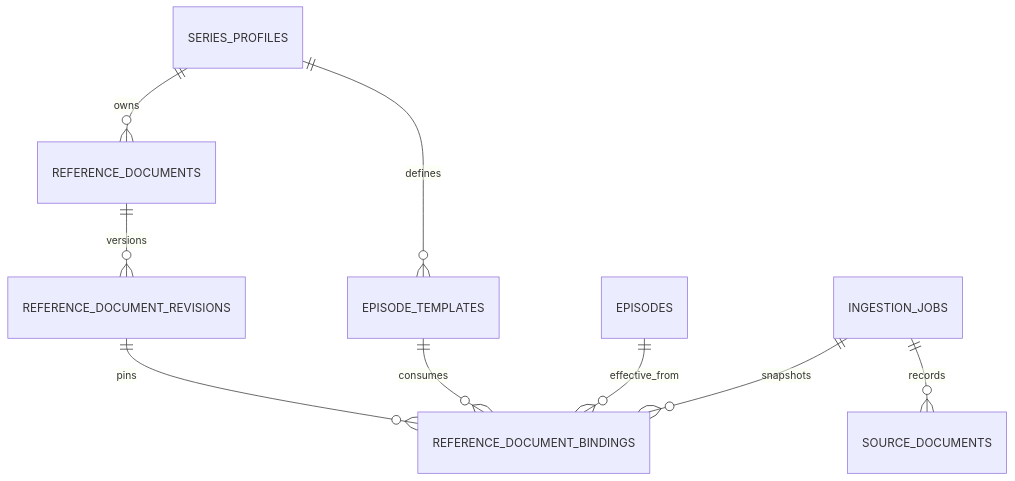
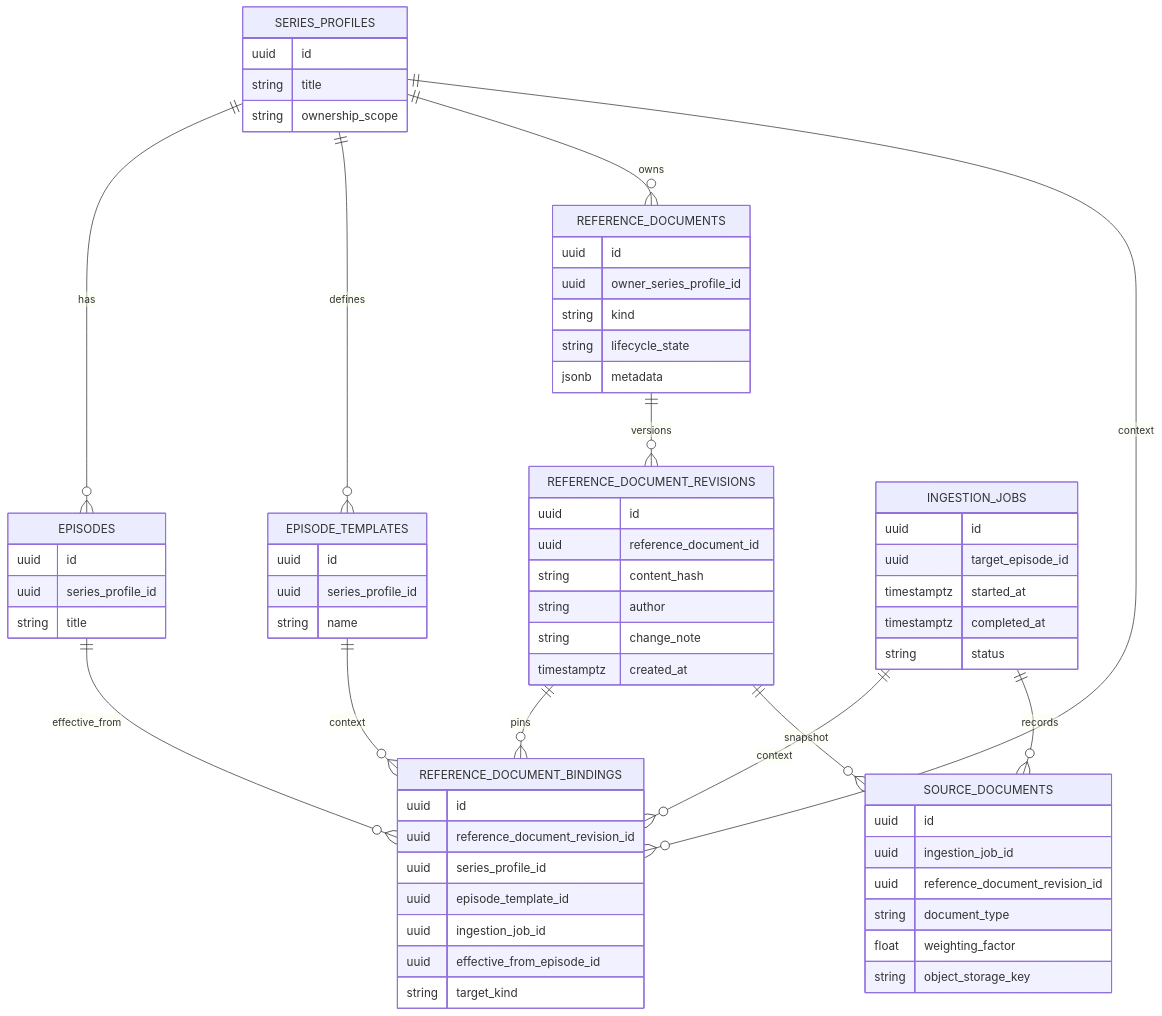
The eighth of 11 diagrams in docs/episodic-podcast-generation-system-design.md (leynos/episodic), drawn with Mermaid before and after one commit. The commit also changed other lines of this file and 1 other file, not shown here.

Commit message:
docs(episodic-podcast-generation-system-design): add detailed reusable reference-document ER diagram and update roadmap
- Added a comprehensive field-level ER diagram in docs/episodic-podcast-generation-system-design.md detailing entities, fields, and relationships for reusable reference-documents.
- Modeled series, episodes, templates, ingestion jobs, and host/guest profiles as series-aligned REFERENCE_DOCUMENTS with effective_from_episode_id semantics.
- Updated execplans/2-2-6-reusable-reference-document-repository-docs.md with extended model stages, decisions, and validation evidence.
- Improved clarity on revision applicability and snapshot linkage to ingestion-bound SOURCE_DOCUMENTS.
- Ensured all diagrams pass formatting, markdownlint, and Mermaid validation tools.

These documentation changes enhance implementer understanding and accurately reflect planned repository and domain model extensions.

````diff
--- a/docs/episodic-podcast-generation-system-design.md
+++ b/docs/episodic-podcast-generation-system-design.md
@@ -944,11 +945,79 @@
 ```mermaid
 erDiagram
+    SERIES_PROFILES {
+        uuid id
+        string title
+        string ownership_scope
+    }
+
+    EPISODES {
+        uuid id
+        uuid series_profile_id
+        string title
+    }
+
+    EPISODE_TEMPLATES {
+        uuid id
+        uuid series_profile_id
+        string name
+    }
+
+    REFERENCE_DOCUMENTS {
+        uuid id
+        uuid owner_series_profile_id
+        string kind
+        string lifecycle_state
+        jsonb metadata
+    }
+
+    REFERENCE_DOCUMENT_REVISIONS {
+        uuid id
+        uuid reference_document_id
+        string content_hash
+        string author
+        string change_note
+        timestamptz created_at
+    }
+
+    REFERENCE_DOCUMENT_BINDINGS {
+        uuid id
+        uuid reference_document_revision_id
+        uuid series_profile_id
+        uuid episode_template_id
+        uuid ingestion_job_id
+        uuid effective_from_episode_id
+        string target_kind
+    }
+
+    INGESTION_JOBS {
+        uuid id
+        uuid target_episode_id
+        timestamptz started_at
+        timestamptz completed_at
+        string status
+    }
+
+    SOURCE_DOCUMENTS {
+        uuid id
+        uuid ingestion_job_id
+        uuid reference_document_revision_id
+        string document_type
+        float weighting_factor
+        string object_storage_key
+    }
+
+    SERIES_PROFILES ||--o{ EPISODES : has
     SERIES_PROFILES ||--o{ EPISODE_TEMPLATES : defines
     SERIES_PROFILES ||--o{ REFERENCE_DOCUMENTS : owns
+
     REFERENCE_DOCUMENTS ||--o{ REFERENCE_DOCUMENT_REVISIONS : versions
     REFERENCE_DOCUMENT_REVISIONS ||--o{ REFERENCE_DOCUMENT_BINDINGS : pins
-    EPISODE_TEMPLATES ||--o{ REFERENCE_DOCUMENT_BINDINGS : consumes
+
+    SERIES_PROFILES ||--o{ REFERENCE_DOCUMENT_BINDINGS : context
+    EPISODE_TEMPLATES ||--o{ REFERENCE_DOCUMENT_BINDINGS : context
+    INGESTION_JOBS ||--o{ REFERENCE_DOCUMENT_BINDINGS : context
     EPISODES ||--o{ REFERENCE_DOCUMENT_BINDINGS : effective_from
-    INGESTION_JOBS ||--o{ REFERENCE_DOCUMENT_BINDINGS : snapshots
+
     INGESTION_JOBS ||--o{ SOURCE_DOCUMENTS : records
+    REFERENCE_DOCUMENT_REVISIONS ||--o{ SOURCE_DOCUMENTS : snapshot
 ```
````
